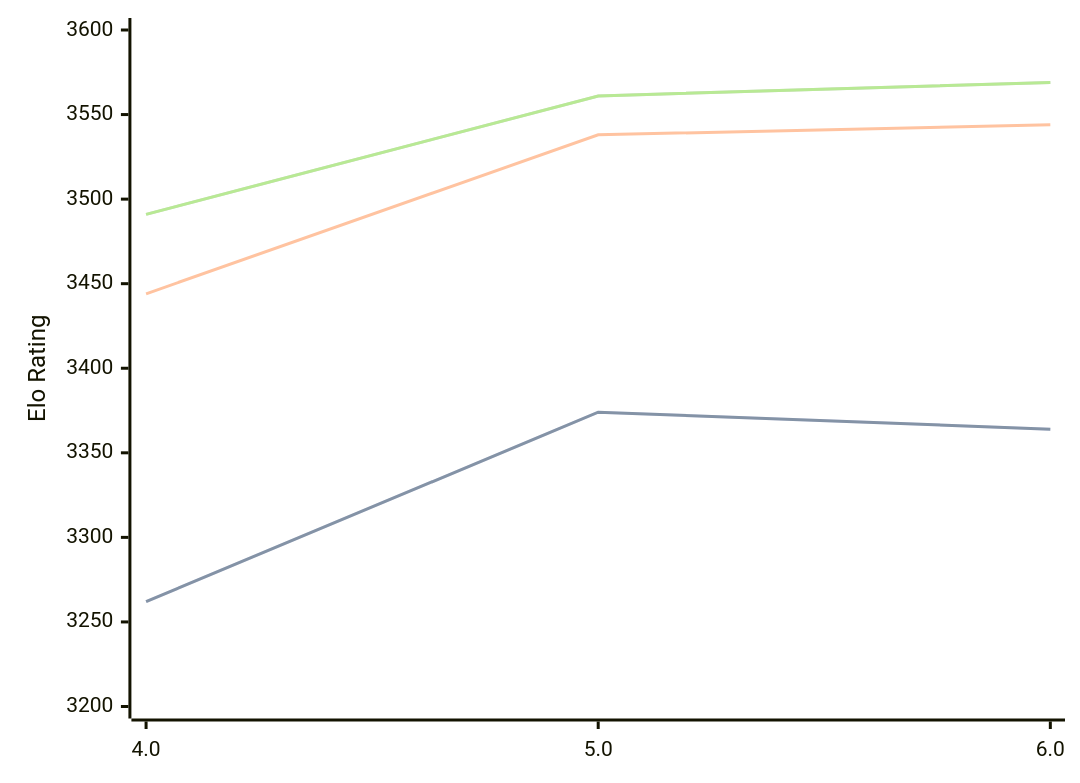
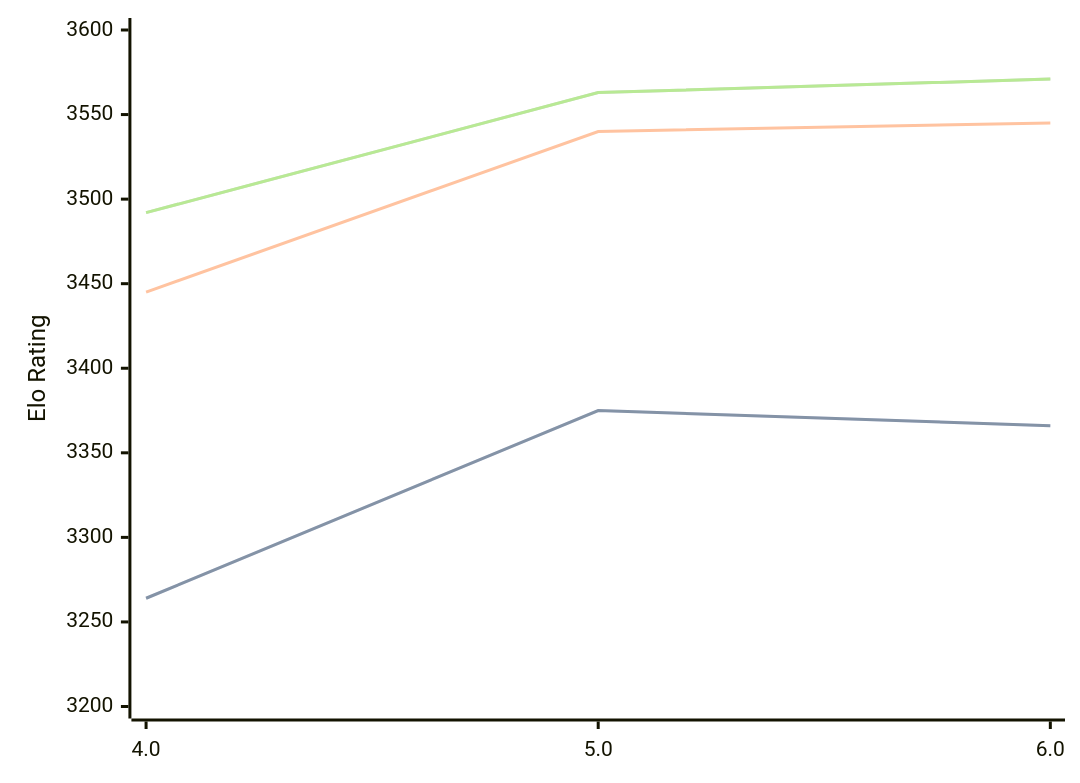
Before and after one commit to computer-chess-index/cci: the diagram in engines/Tarnished.md, drawn with Mermaid. The commit also changed other lines of this file, not shown here.

Commit message:
Update CCI Ratings (ELO VLTC) - 2026-10-09

````diff
--- a/engines/Tarnished.md
+++ b/engines/Tarnished.md
@@ -33,11 +33,11 @@
 ```mermaid
 %%{init: {"theme":"base","themeVariables":{"seriesColors:['#a3a3a3','#222221','#faa371']}}}%%
 xychart-beta
   x-axis ["4.0", "5.0", "6.0"]
   y-axis "Elo Rating" 3200 --> 3600
-  line "" [3262, 3374, 3364]
-  line "STC (8.0+0.08s)" [3262, 3374, 3364]
-  line "LTC (60.0+0.60s)" [3444, 3538, 3544]
-  line "" [3491, 3561, 3569]
-  line "VLTC (2m24s+1.12s)" [3491, 3561, 3569]
+  line "" [3264, 3375, 3366]
+  line "STC (8.0+0.08s)" [3264, 3375, 3366]
+  line "LTC (60.0+0.60s)" [3445, 3540, 3545]
+  line "" [3492, 3563, 3571]
+  line "VLTC (2m24s+1.12s)" [3492, 3563, 3571]
 ```
````
